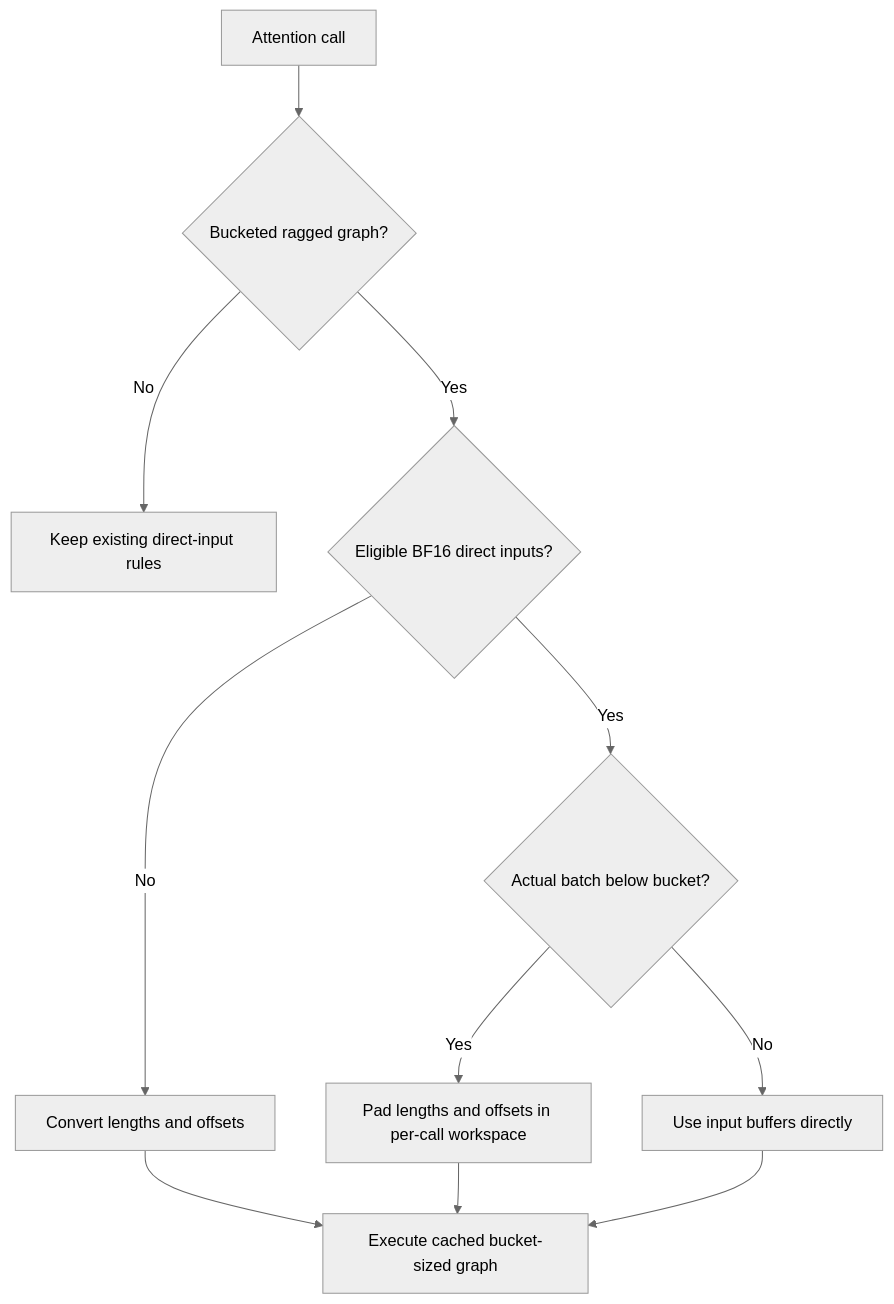
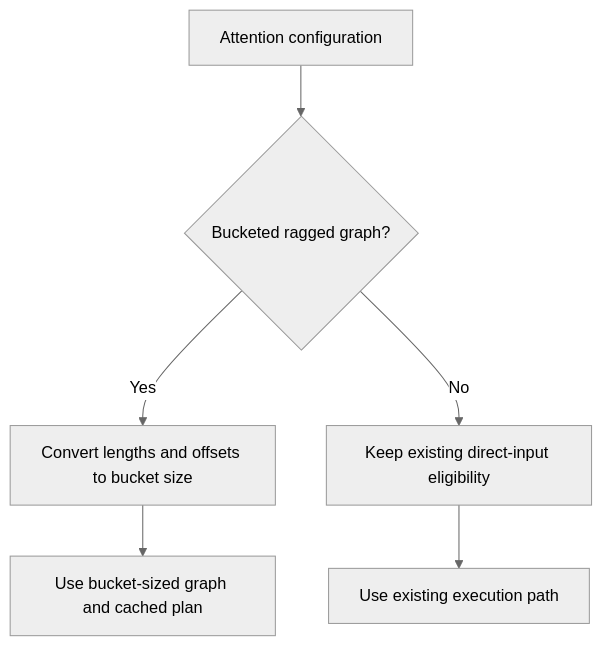
One commit to yuguo-Jack/HCU-TrainFlow changed the diagram in knowledge/projects/transformer-engine/knowledgebase/upstream/prs/NVIDIA--TransformerEngine/PR-3700.md. Above: the diagram before and after it, drawn with Mermaid. The commit also changed other lines of this file and 42044 other files, not shown here.

````diff
--- a/knowledge/projects/transformer-engine/knowledgebase/upstream/prs/NVIDIA--TransformerEngine/PR-3700.md
+++ b/knowledge/projects/transformer-engine/knowledgebase/upstream/prs/NVIDIA--TransformerEngine/PR-3700.md
@@ -74,14 +66,9 @@
 ```mermaid
 %%{init: {'theme': 'neutral'}}%%
 flowchart TD
-  A[Attention call] --> B{Bucketed ragged graph?}
-  B -->|No| C[Keep existing direct-input rules]
-  B -->|Yes| D{Eligible BF16 direct inputs?}
-  D -->|No| E[Convert lengths and offsets]
-  D -->|Yes| F{Actual batch below bucket?}
-  F -->|Yes| G[Pad lengths and offsets in per-call workspace]
-  F -->|No| H[Use input buffers directly]
-  E --> I[Execute cached bucket-sized graph]
-  G --> I
-  H --> I
+  A[Attention configuration] --> B{Bucketed ragged graph?}
+  B -->|Yes| C[Convert lengths and offsets to bucket size]
+  C --> D[Use bucket-sized graph and cached plan]
+  B -->|No| E[Keep existing direct-input eligibility]
+  E --> F[Use existing execution path]
 ```
````
